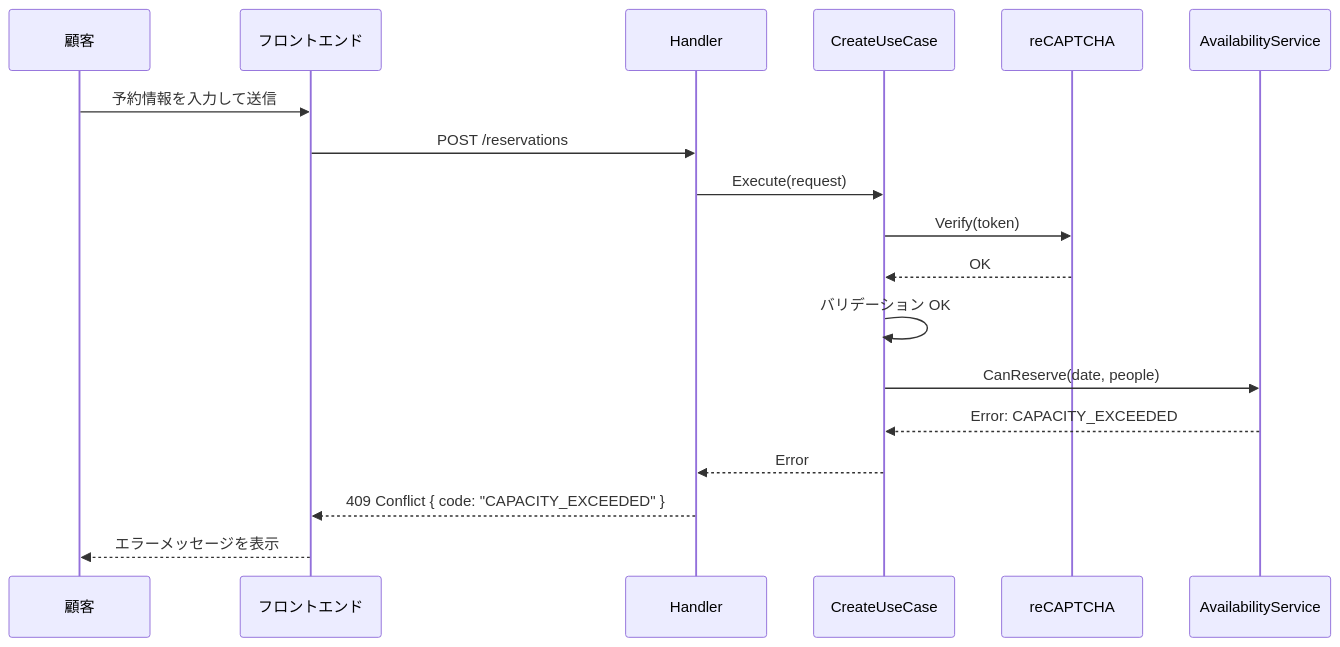
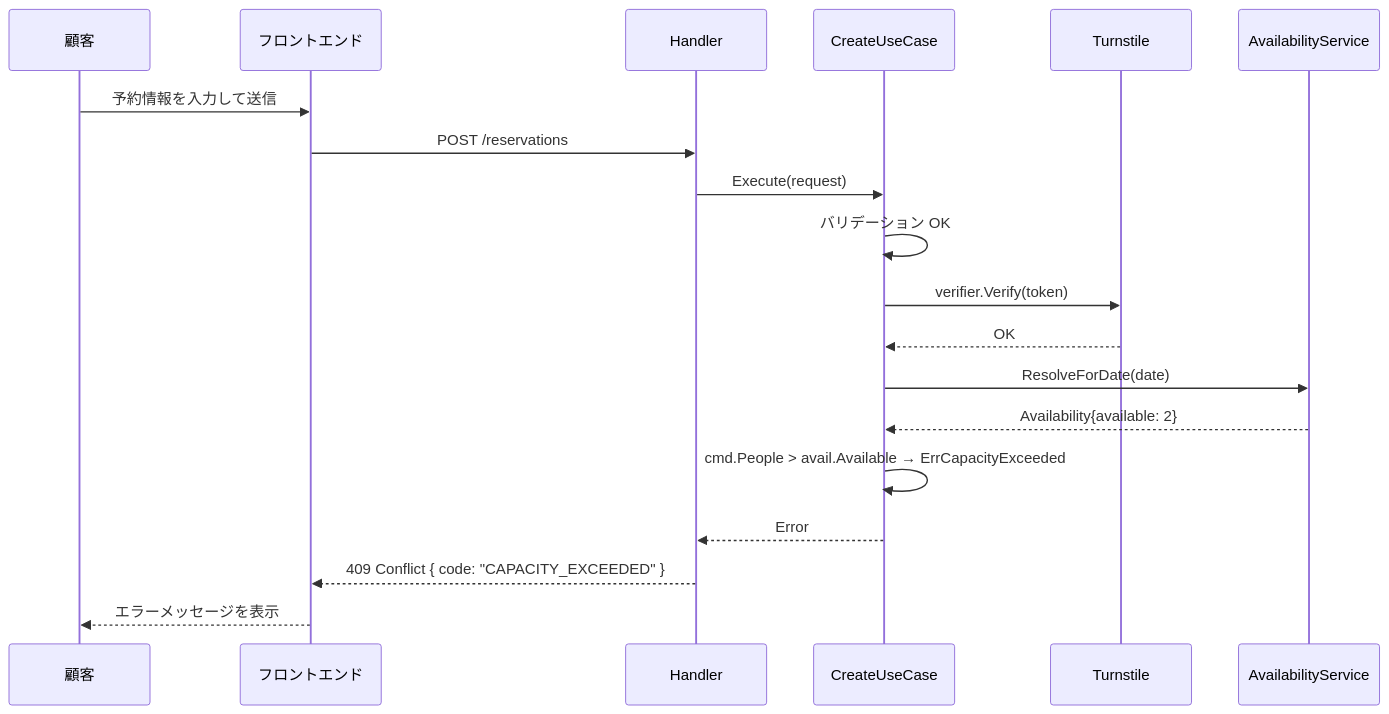
Before and after one commit to cergijame101007/satehits: the third of 15 diagrams in docs/sequence.md, drawn with Mermaid. The commit also changed other lines of this file and 5 other files, not shown here.

````diff
--- a/docs/sequence.md
+++ b/docs/sequence.md
@@ -101,26 +103,27 @@
 ```mermaid
 sequenceDiagram
     participant Customer as 顧客
     participant Frontend as フロントエンド
     participant Handler as Handler
     participant UseCase as CreateUseCase
-    participant ReCaptcha as reCAPTCHA
+    participant Turnstile as Turnstile
     participant AvailService as AvailabilityService
 
     Customer->>Frontend: 予約情報を入力して送信
     Frontend->>Handler: POST /reservations
     
     Handler->>UseCase: Execute(request)
     
-    UseCase->>ReCaptcha: Verify(token)
-    ReCaptcha-->>UseCase: OK
-    
     UseCase->>UseCase: バリデーション OK
     
-    UseCase->>AvailService: CanReserve(date, people)
-    AvailService-->>UseCase: Error: CAPACITY_EXCEEDED
+    UseCase->>Turnstile: verifier.Verify(token)
+    Turnstile-->>UseCase: OK
+    
+    UseCase->>AvailService: ResolveForDate(date)
+    AvailService-->>UseCase: Availability{available: 2}
+    UseCase->>UseCase: cmd.People > avail.Available → ErrCapacityExceeded
     
     UseCase-->>Handler: Error
     Handler-->>Frontend: 409 Conflict { code: "CAPACITY_EXCEEDED" }
     Frontend-->>Customer: エラーメッセージを表示
 ```
````
